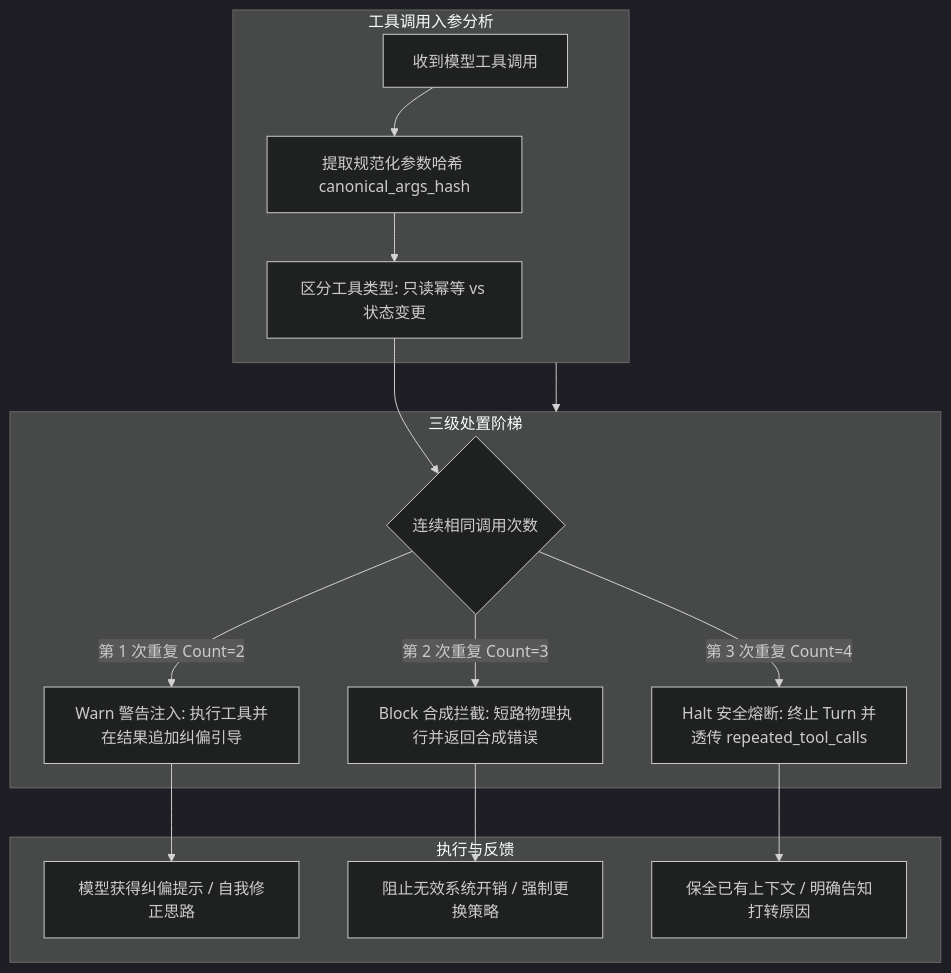
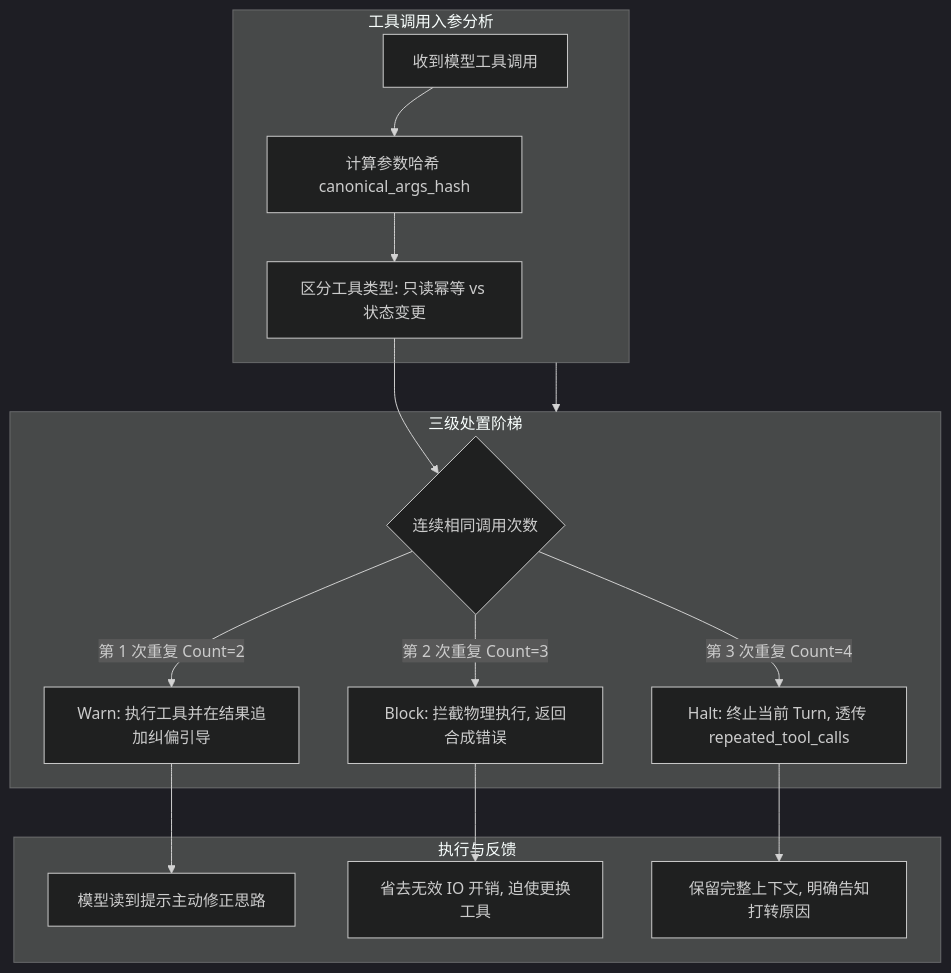
Before and after one commit to ferstar/blog: the diagram in content/posts/agent-graded-loop-guard-warn-block-halt.md, drawn with Mermaid (dark theme). The commit also changed other lines of this file and 9 other files, not shown here.

```diff
--- a/content/posts/agent-graded-loop-guard-warn-block-halt.md
+++ b/content/posts/agent-graded-loop-guard-warn-block-halt.md
@@ -20,22 +20,22 @@
 {{< mermaid >}}
 flowchart TD
   subgraph Ingestion[工具调用入参分析]
-    A[收到模型工具调用] --> B[提取规范化参数哈希 canonical_args_hash]
+    A[收到模型工具调用] --> B[计算参数哈希 canonical_args_hash]
     B --> C[区分工具类型: 只读幂等 vs 状态变更]
   end
 
   subgraph Ladder[三级处置阶梯]
     C --> D{连续相同调用次数}
-    D -->|第 1 次重复 Count=2| E[Warn 警告注入: 执行工具并在结果追加纠偏引导]
-    D -->|第 2 次重复 Count=3| F[Block 合成拦截: 短路物理执行并返回合成错误]
-    D -->|第 3 次重复 Count=4| G[Halt 安全熔断: 终止 Turn 并透传 repeated_tool_calls]
+    D -->|第 1 次重复 Count=2| E[Warn: 执行工具并在结果追加纠偏引导]
+    D -->|第 2 次重复 Count=3| F[Block: 拦截物理执行, 返回合成错误]
+    D -->|第 3 次重复 Count=4| G[Halt: 终止当前 Turn, 透传 repeated_tool_calls]
   end
 
   subgraph Outcome[执行与反馈]
-    E --> H[模型获得纠偏提示 / 自我修正思路]
-    F --> I[阻止无效系统开销 / 强制更换策略]
-    G --> J[保全已有上下文 / 明确告知打转原因]
+    E --> H[模型读到提示主动修正思路]
+    F --> I[省去无效 IO 开销, 迫使更换工具]
+    G --> J[保留完整上下文, 明确告知打转原因]
   end
 
   Ingestion --> Ladder
 {{< /mermaid >}}
```
